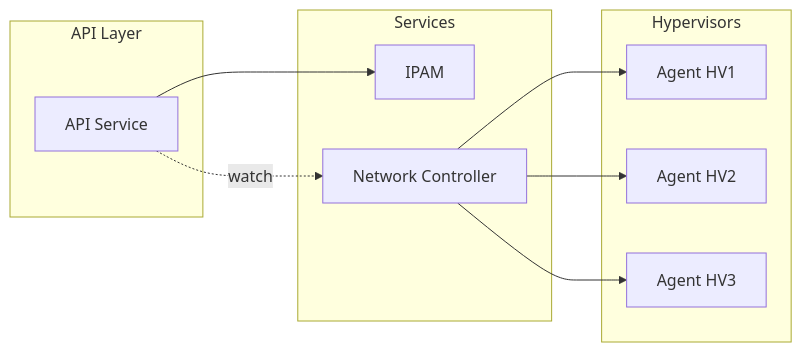
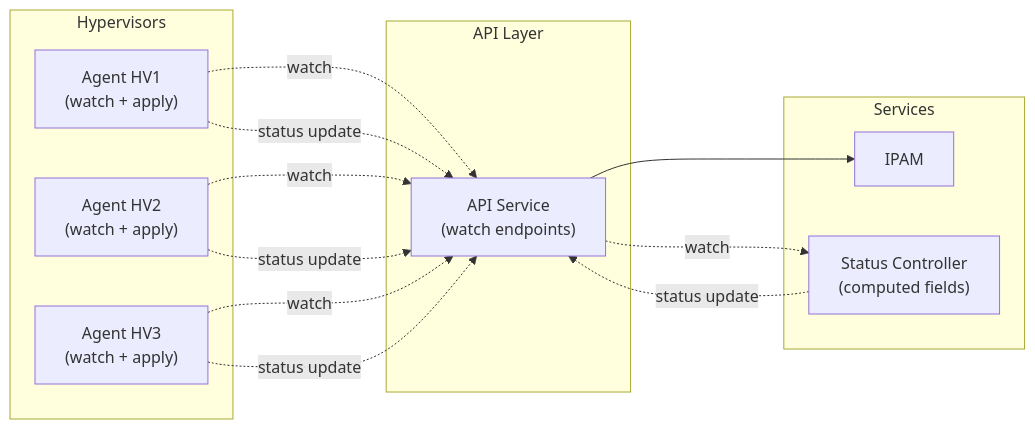
One commit to PRO-Robotech/in-cloud-vpc changed the second of 3 diagrams in README.md. Above: the diagram before and after it, drawn with Mermaid. The commit also changed other lines of this file and 3 other files, not shown here.

````diff
--- a/README.md
+++ b/README.md
@@ -485,24 +514,28 @@
 ```mermaid
 flowchart LR
-    subgraph API["API Layer"]
-        API_SVC[API Service]
+    subgraph API_layer["API Layer"]
+        API_SVC["API Service\n(watch endpoints)"]
     end
 
     subgraph Services["Services"]
         IPAM[IPAM]
-        NetCtrl[Network Controller]
+        StatusCtrl["Status Controller\n(computed fields)"]
     end
 
-    subgraph HV["Hypervisors"]
-        Agent1[Agent HV1]
-        Agent2[Agent HV2]
-        Agent3[Agent HV3]
+    subgraph HVs["Hypervisors"]
+        Agent1["Agent HV1\n(watch + apply)"]
+        Agent2["Agent HV2\n(watch + apply)"]
+        Agent3["Agent HV3\n(watch + apply)"]
     end
 
     API_SVC --> IPAM
-    API_SVC -.->|watch| NetCtrl
+    API_SVC -.->|watch| StatusCtrl
+    StatusCtrl -.->|"status update"| API_SVC
 
-    NetCtrl --> Agent1
-    NetCtrl --> Agent2
-    NetCtrl --> Agent3
+    Agent1 -.->|watch| API_SVC
+    Agent2 -.->|watch| API_SVC
+    Agent3 -.->|watch| API_SVC
+    Agent1 -.->|"status update"| API_SVC
+    Agent2 -.->|"status update"| API_SVC
+    Agent3 -.->|"status update"| API_SVC
 ```
````
